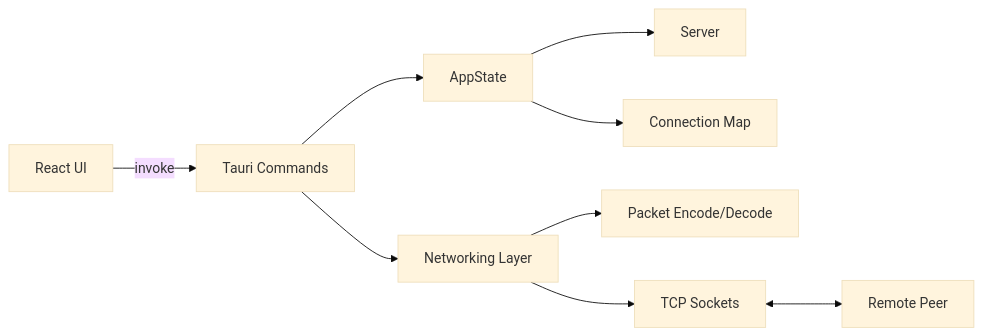
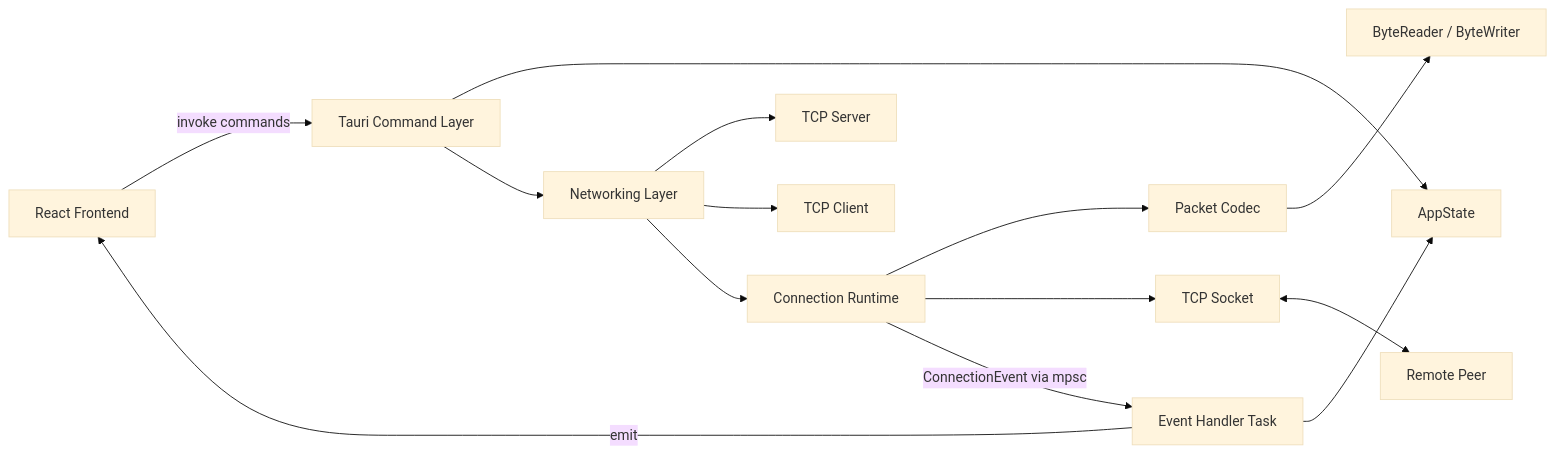
The first of 6 diagrams in PROJECT_OVERVIEW.md (Subhranil-Maity/ghostline), drawn with Mermaid (base theme) before and after one commit. The commit also changed other lines of this file and 26 other files, not shown here.

````diff
--- a/PROJECT_OVERVIEW.md
+++ b/PROJECT_OVERVIEW.md
@@ -58,11 +89,16 @@
 ```mermaid
 flowchart LR
-    UI[React UI] -->|invoke| TC[Tauri Commands]
-    TC --> AS[AppState]
-    TC --> NT[Networking Layer]
-    AS --> SV[Server]
-    AS --> CN[Connection Map]
-    NT --> PK[Packet Encode/Decode]
-    NT --> TCP[TCP Sockets]
+    UI[React Frontend] -->|invoke commands| TAURI[Tauri Command Layer]
+    TAURI --> STATE[AppState]
+    TAURI --> NET[Networking Layer]
+    NET --> SERVER[TCP Server]
+    NET --> CLIENT[TCP Client]
+    NET --> CONN[Connection Runtime]
+    CONN --> CODEC[Packet Codec]
+    CODEC --> BYTES[ByteReader / ByteWriter]
+    CONN --> TCP[TCP Socket]
     TCP <--> PEER[Remote Peer]
+    CONN -->|ConnectionEvent via mpsc| HANDLER[Event Handler Task]
+    HANDLER --> STATE
+    HANDLER -->|emit| UI
 ```
````
